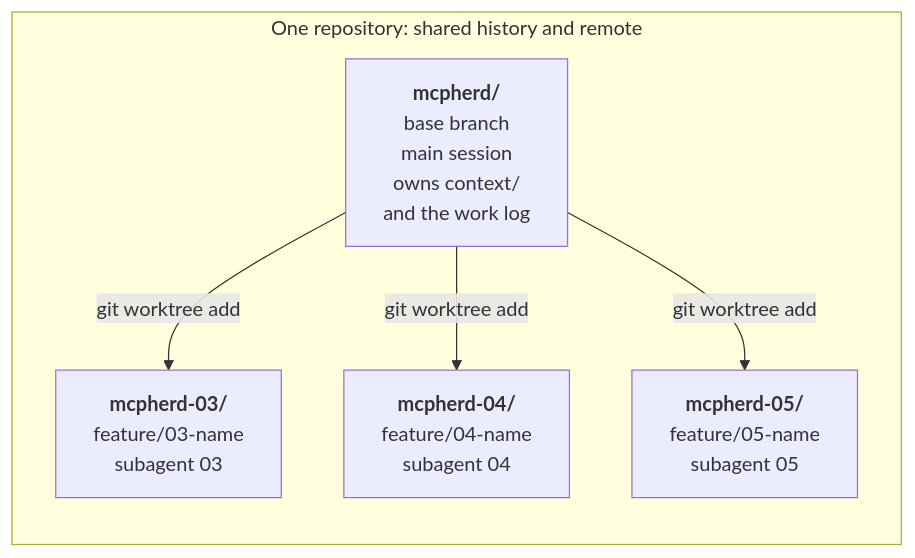
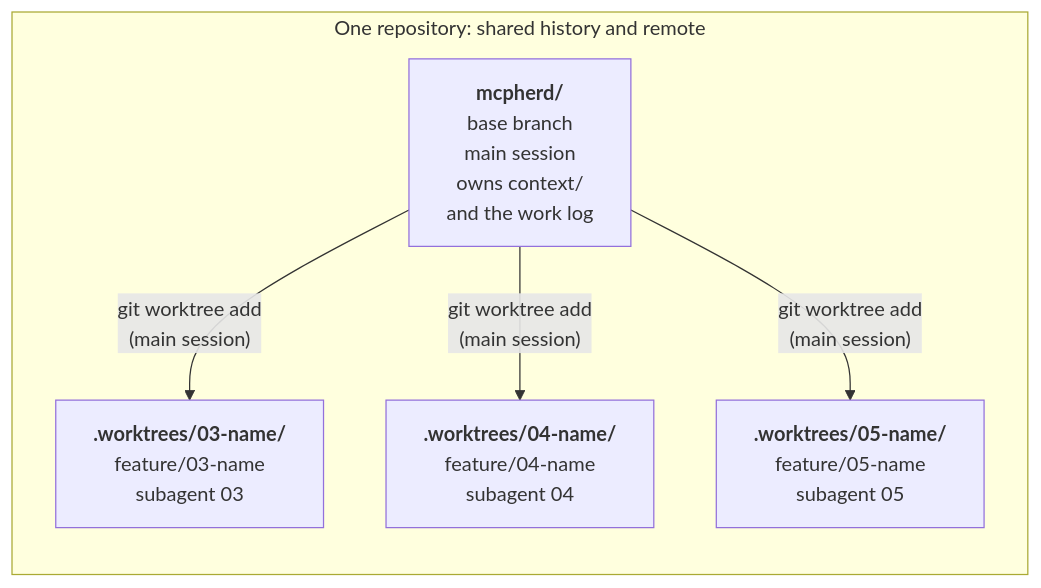
The sixth of 6 diagrams in docs/FEATURE_SKILL_PARALLEL_PLAN.md (shaynemeyer/mcpherd), drawn with Mermaid before and after one commit. The commit also changed other lines of this file and 9 other files, not shown here.

````diff
--- a/docs/FEATURE_SKILL_PARALLEL_PLAN.md
+++ b/docs/FEATURE_SKILL_PARALLEL_PLAN.md
@@ -263,12 +369,12 @@
 ```mermaid
 flowchart LR
     subgraph Git["One repository: shared history and remote"]
         Main["<b>mcpherd/</b><br/>base branch<br/>main session<br/>owns context/<br/>and the work log"]
-        W3["<b>mcpherd-03/</b><br/>feature/03-name<br/>subagent 03"]
-        W4["<b>mcpherd-04/</b><br/>feature/04-name<br/>subagent 04"]
-        W5["<b>mcpherd-05/</b><br/>feature/05-name<br/>subagent 05"]
+        W3["<b>.worktrees/03-name/</b><br/>feature/03-name<br/>subagent 03"]
+        W4["<b>.worktrees/04-name/</b><br/>feature/04-name<br/>subagent 04"]
+        W5["<b>.worktrees/05-name/</b><br/>feature/05-name<br/>subagent 05"]
     end
-    Main -- "git worktree add" --> W3
-    Main -- "git worktree add" --> W4
-    Main -- "git worktree add" --> W5
+    Main -- "git worktree add<br/>(main session)" --> W3
+    Main -- "git worktree add<br/>(main session)" --> W4
+    Main -- "git worktree add<br/>(main session)" --> W5
 ```
````
